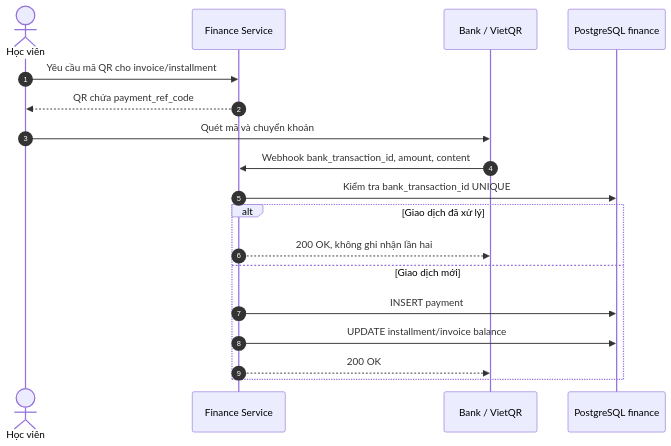
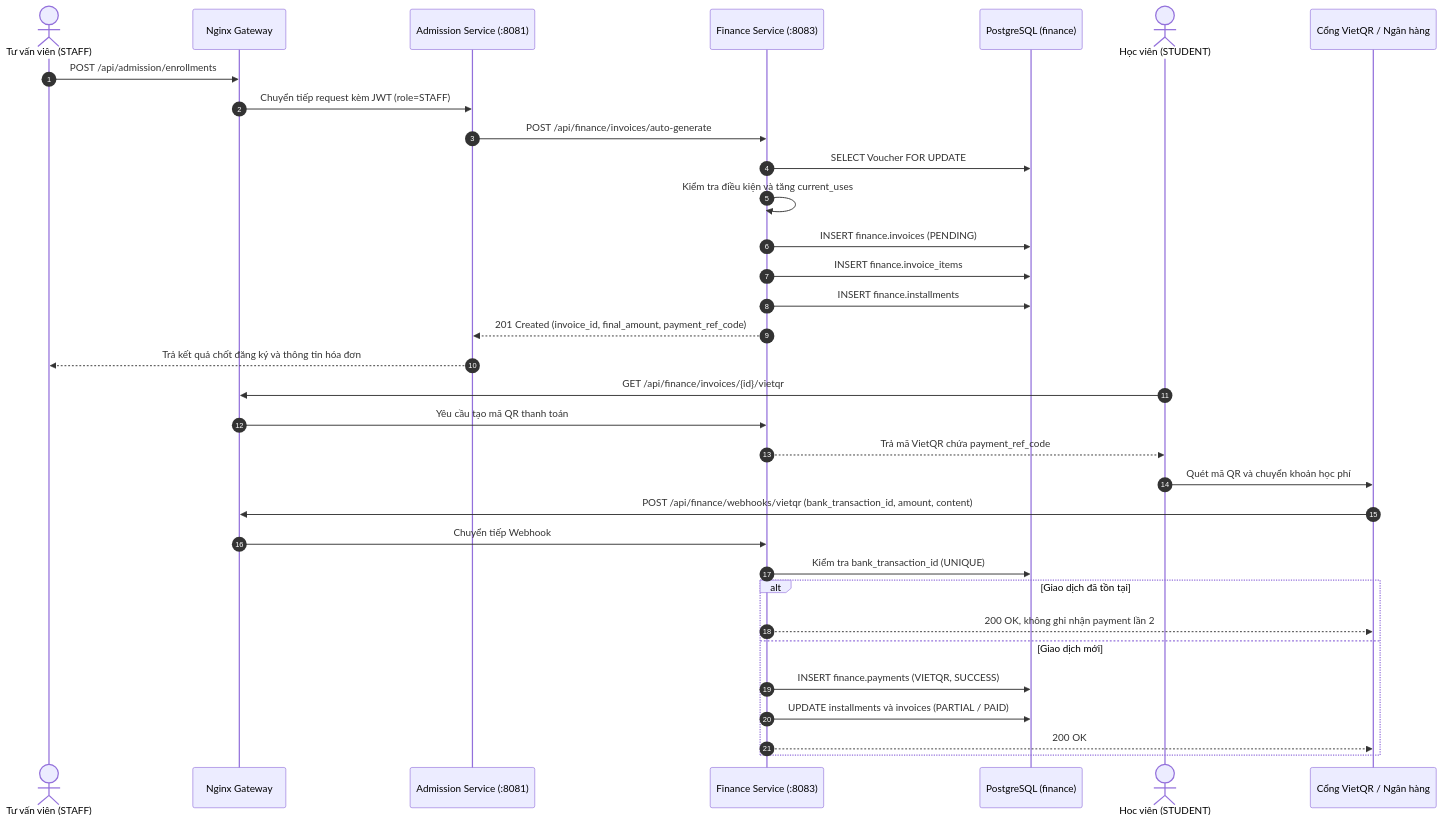
Before and after one commit to 133mSS/english_center: the second of 4 diagrams in services/finance/docs/finance-uml-spec.md, drawn with Mermaid. The commit also changed other lines of this file, not shown here.

Commit message:
docs(finance): rebuild UML diagrams with eight finance entities

````diff
--- a/services/finance/docs/finance-uml-spec.md
+++ b/services/finance/docs/finance-uml-spec.md
@@ -311,21 +92,38 @@
 ```mermaid
 sequenceDiagram
     autonumber
-    actor Student as Học viên
-    participant Finance as Finance Service
-    participant Bank as Bank / VietQR
-    participant DB as PostgreSQL finance
+    actor Staff as Tư vấn viên (STAFF)
+    participant Gw as Nginx Gateway
+    participant Adm as Admission Service (:8081)
+    participant Fin as Finance Service (:8083)
+    participant DB as PostgreSQL (finance)
+    actor Student as Học viên (STUDENT)
+    participant Bank as Cổng VietQR / Ngân hàng
 
-    Student->>Finance: Yêu cầu mã QR cho invoice/installment
-    Finance-->>Student: QR chứa payment_ref_code
-    Student->>Bank: Quét mã và chuyển khoản
-    Bank->>Finance: Webhook bank_transaction_id, amount, content
-    Finance->>DB: Kiểm tra bank_transaction_id UNIQUE
-    alt Giao dịch đã xử lý
-      Finance-->>Bank: 200 OK, không ghi nhận lần hai
+    Staff->>Gw: POST /api/admission/enrollments
+    Gw->>Adm: Chuyển tiếp request kèm JWT (role=STAFF)
+    Adm->>Fin: POST /api/finance/invoices/auto-generate
+    Fin->>DB: SELECT Voucher FOR UPDATE
+    Fin->>Fin: Kiểm tra điều kiện và tăng current_uses
+    Fin->>DB: INSERT finance.invoices (PENDING)
+    Fin->>DB: INSERT finance.invoice_items
+    Fin->>DB: INSERT finance.installments
+    Fin-->>Adm: 201 Created (invoice_id, final_amount, payment_ref_code)
+    Adm-->>Staff: Trả kết quả chốt đăng ký và thông tin hóa đơn
+
+    Student->>Gw: GET /api/finance/invoices/{id}/vietqr
+    Gw->>Fin: Yêu cầu tạo mã QR thanh toán
+    Fin-->>Student: Trả mã VietQR chứa payment_ref_code
+
+    Student->>Bank: Quét mã QR và chuyển khoản học phí
+    Bank->>Gw: POST /api/finance/webhooks/vietqr (bank_transaction_id, amount, content)
+    Gw->>Fin: Chuyển tiếp Webhook
+    Fin->>DB: Kiểm tra bank_transaction_id (UNIQUE)
+    alt Giao dịch đã tồn tại
+        Fin-->>Bank: 200 OK, không ghi nhận payment lần 2
     else Giao dịch mới
-      Finance->>DB: INSERT payment
-      Finance->>DB: UPDATE installment/invoice balance
-      Finance-->>Bank: 200 OK
+        Fin->>DB: INSERT finance.payments (VIETQR, SUCCESS)
+        Fin->>DB: UPDATE installments và invoices (PARTIAL / PAID)
+        Fin-->>Bank: 200 OK
     end
 ```
````
